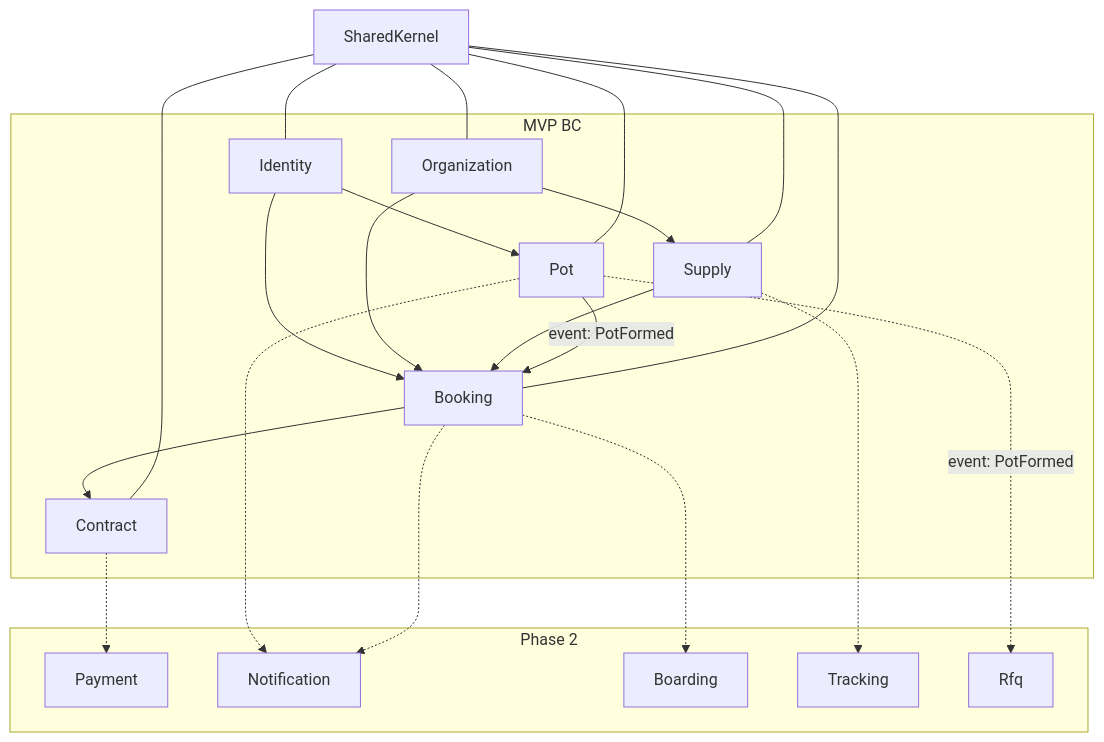
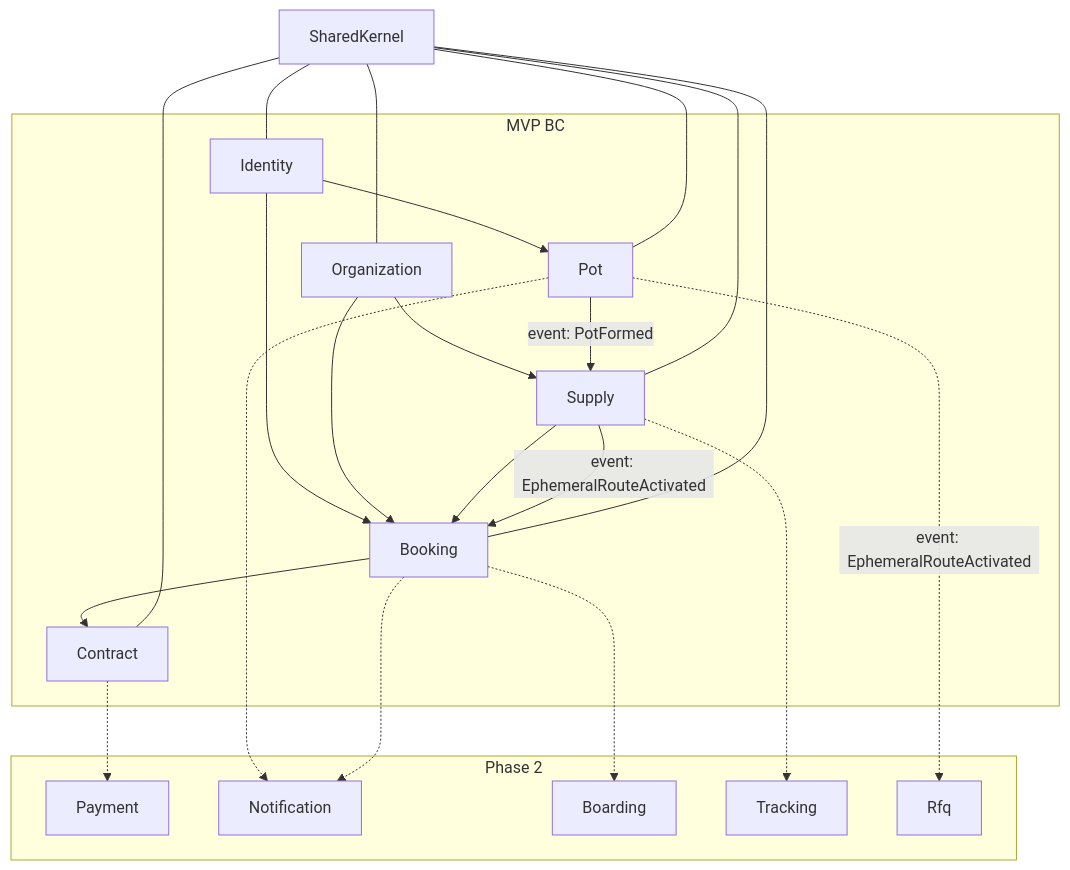
One commit to entworacy/hermes-iris-kakaotalk changed the first of 2 diagrams in feroad-rest-api/docs/superpowers/specs/2026-06-29-feroad-domain-design.md. Above: the diagram before and after it, drawn with Mermaid. The commit also changed other lines of this file, not shown here.

First line of the commit message:
docs(feroad): Pot matching spawns ephemeral one-time route

````diff
--- a/feroad-rest-api/docs/superpowers/specs/2026-06-29-feroad-domain-design.md
+++ b/feroad-rest-api/docs/superpowers/specs/2026-06-29-feroad-domain-design.md
@@ -23,40 +23,41 @@
 ```mermaid
 flowchart TB
     subgraph mvp [MVP BC]
         Identity[Identity]
         Organization[Organization]
         Supply[Supply]
         Pot[Pot]
         Booking[Booking]
         Contract[Contract]
     end
     subgraph phase2 [Phase 2]
         Payment[Payment]
         Notification[Notification]
         Boarding[Boarding]
         Tracking[Tracking]
         Rfq[Rfq]
     end
     SharedKernel[SharedKernel]
 
     Identity --> Pot
     Identity --> Booking
     Organization --> Supply
     Organization --> Booking
     Supply --> Booking
-    Pot -->|event: PotFormed| Booking
-    Pot -.->|event: PotFormed| Rfq
+    Pot -->|event: PotFormed| Supply
+    Supply -->|event: EphemeralRouteActivated| Booking
+    Pot -.->|event: EphemeralRouteActivated| Rfq
     Booking --> Contract
     Contract -.-> Payment
     Booking -.-> Boarding
     Supply -.-> Tracking
     Pot -.-> Notification
     Booking -.-> Notification
 
     SharedKernel --- Identity
     SharedKernel --- Organization
     SharedKernel --- Supply
     SharedKernel --- Pot
     SharedKernel --- Booking
     SharedKernel --- Contract
 ```
````
